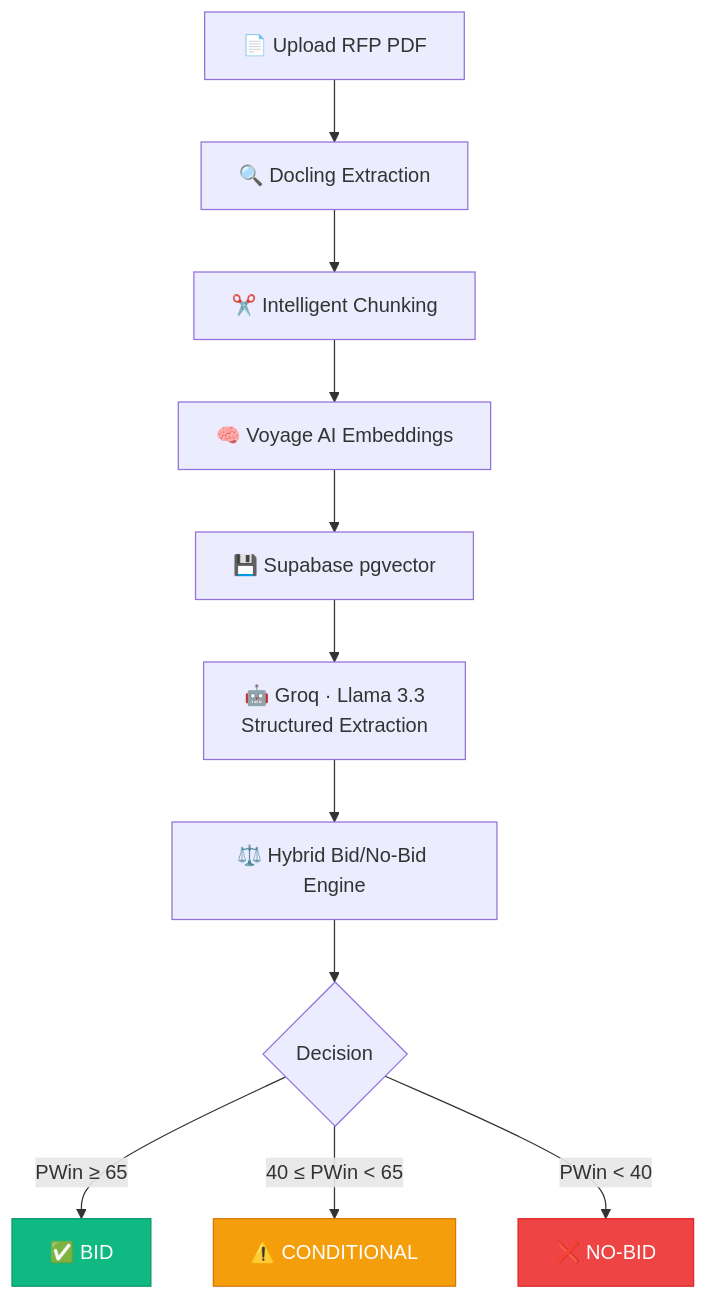
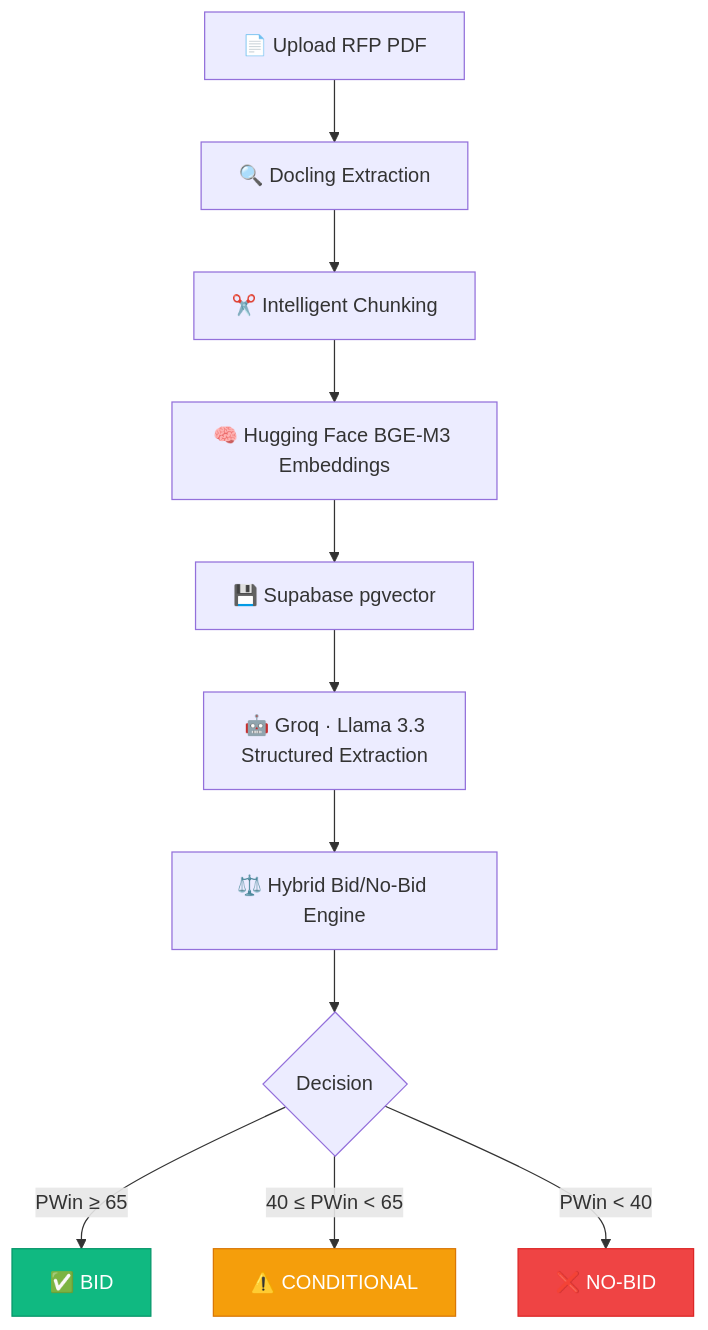
One commit to rudyxx007/TenderSync changed the diagram in README.md. Above: the diagram before and after it, drawn with Mermaid. The commit also changed other lines of this file and 43 other files, not shown here.

````diff
--- a/README.md
+++ b/README.md
@@ -95,17 +93,17 @@
 ```mermaid
 graph TD
     A["📄 Upload RFP PDF"] --> B["🔍 Docling Extraction"]
     B --> C["✂️ Intelligent Chunking"]
-    C --> D["🧠 Voyage AI Embeddings"]
+    C --> D["🧠 Hugging Face BGE-M3 Embeddings"]
     D --> E["💾 Supabase pgvector"]
     E --> F["🤖 Groq · Llama 3.3<br/>Structured Extraction"]
     F --> G["⚖️ Hybrid Bid/No-Bid Engine"]
     G --> H{"Decision"}
     H -->|PWin ≥ 65| I["✅ BID"]
     H -->|40 ≤ PWin < 65| J["⚠️ CONDITIONAL"]
     H -->|PWin < 40| K["❌ NO-BID"]
 
     style I fill:#10B981,stroke:#059669,color:#fff
     style J fill:#F59E0B,stroke:#D97706,color:#fff
     style K fill:#EF4444,stroke:#DC2626,color:#fff
 ```
````
